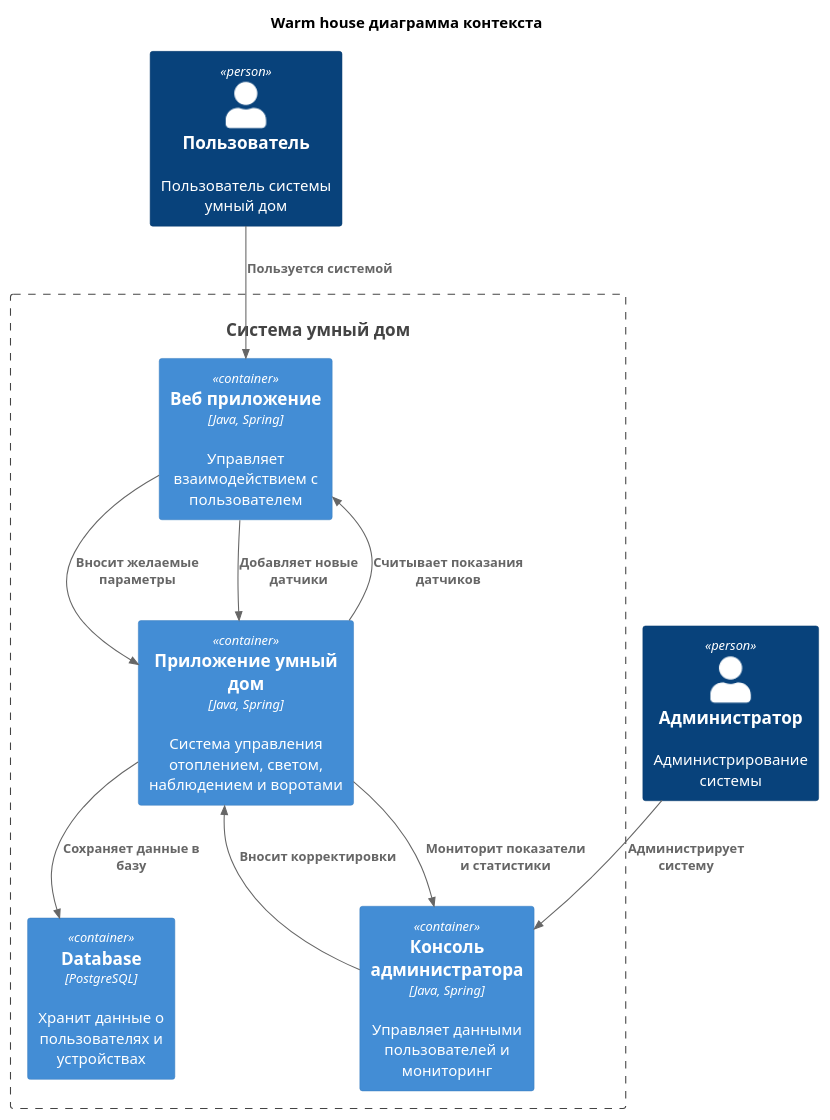
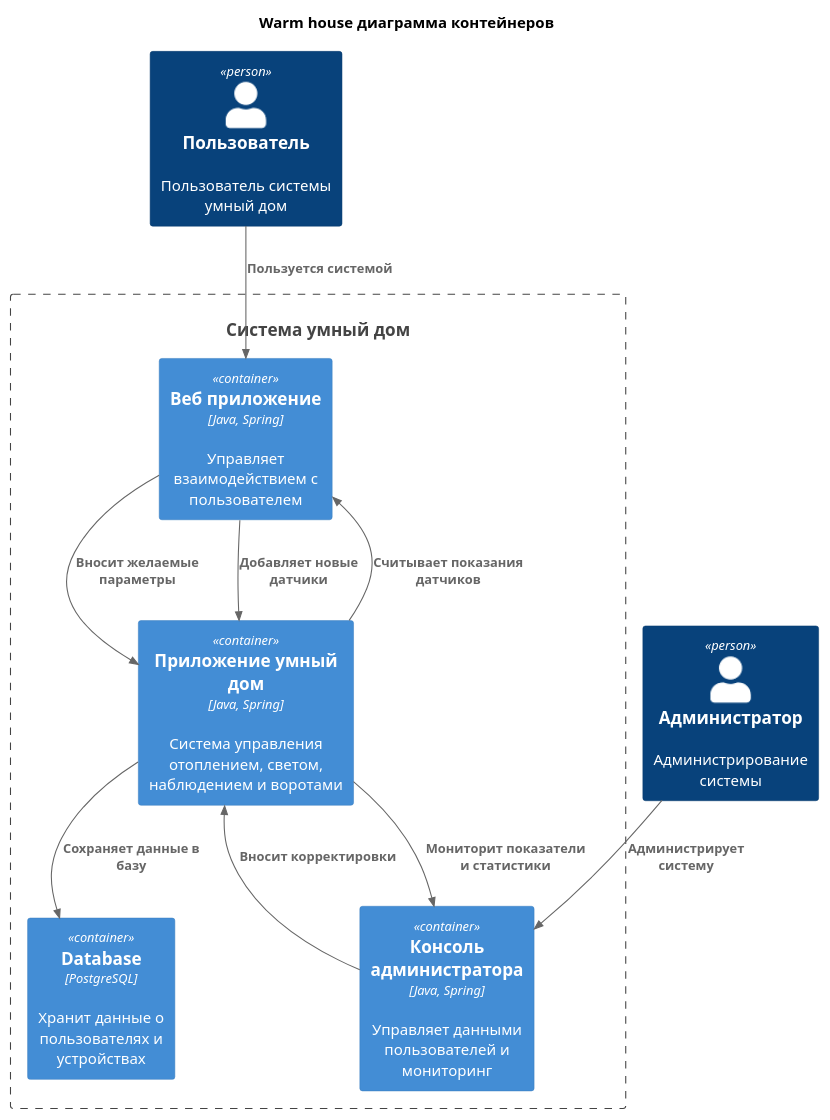
The diagram in diagrams/containers/warm_house_containers.puml (Sorfol/architecture-pro-warmhouse), drawn with PlantUML before and after one commit. The commit also changed 7 other files, not shown here.

Commit message:
added diagrams

```diff
--- a/diagrams/containers/warm_house_containers.puml
+++ b/diagrams/containers/warm_house_containers.puml
@@ -1,27 +1,27 @@
 @startuml
-title Warm house диаграмма контекста
+title Warm house диаграмма контейнеров
 
 top to bottom direction
 
 !include ../templates/C4_Component.puml
 
 Person(user, "Пользователь", "Пользователь системы умный дом")
 Person(admin, "Администратор", "Администрирование системы")
 
 System(WarmHouseSystem, "Система умный дом")
 Container_Boundary(WarmHouseSystem, "Система умный дом") {
   Container(WebApp, "Веб приложение", "Java, Spring", "Управляет взаимодействием с пользователем")
   Container(AdminConsole, "Консоль администратора", "Java, Spring", "Управляет данными пользователей и мониторинг")
   Container(WarmHouseApp, "Приложение умный дом", "Java, Spring", "Система управления отоплением, светом, наблюдением и воротами")
   Container(Database, "Database", "PostgreSQL", "Хранит данные о пользователях и устройствах")
 }
 
 Rel(user, WebApp, "Пользуется системой")
 Rel(admin,AdminConsole,"Администрирует систему")
 Rel(WebApp,WarmHouseApp,"Вносит желаемые параметры")
 Rel(WarmHouseApp,WebApp,"Считывает показания датчиков")
 Rel(WebApp,WarmHouseApp,"Добавляет новые датчики")
 Rel(WarmHouseApp,AdminConsole,"Мониторит показатели и статистики")
 Rel(AdminConsole,WarmHouseApp,"Вносит корректировки")
 Rel(WarmHouseApp,Database,"Сохраняет данные в базу")
 @enduml
```
